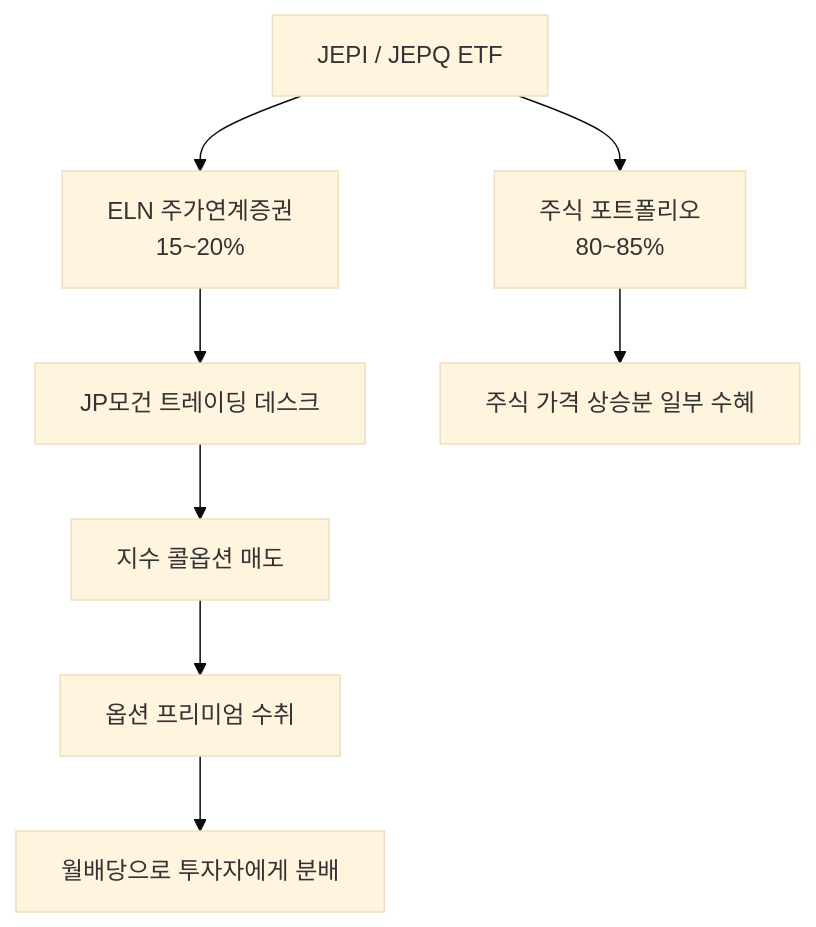
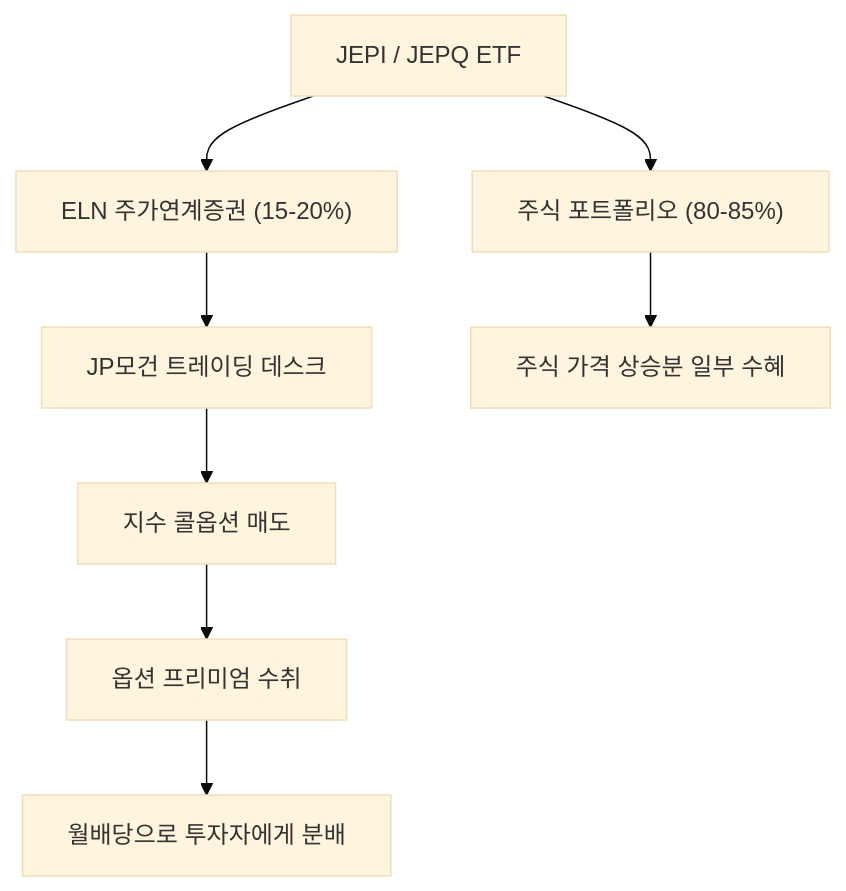
Before and after one commit to kenshin579/investment.advenoh.pe.kr: the first of 2 diagrams in docs/start/jepi-vs-jepq-comparison/index.md, drawn with Mermaid (base theme). The commit also changed 1 other file, not shown here.

Commit message:
fix: Mermaid 다이어그램 특수 문자 깨짐 수정 및 가이드 추가 (#110)
* JEPI vs JEPQ 블로그 3.2절 Mermaid 노드 라벨의 %, ~ 특수 문자로 인한 렌더링 오류 수정
* CLAUDE.md에 Mermaid 특수 문자 처리 가이드 추가 (%, ~, /, <br/> 등)

````diff
--- a/docs/start/jepi-vs-jepq-comparison/index.md
+++ b/docs/start/jepi-vs-jepq-comparison/index.md
@@ -93,10 +93,10 @@
 ```mermaid
 graph TD
-    A[JEPI / JEPQ ETF] --> B[주식 포트폴리오<br/>80~85%]
-    A --> C[ELN 주가연계증권<br/>15~20%]
+    A["JEPI / JEPQ ETF"] --> B["주식 포트폴리오 (80-85%)"]
+    A --> C["ELN 주가연계증권 (15-20%)"]
     C --> D[JP모건 트레이딩 데스크]
     D --> E[지수 콜옵션 매도]
     E --> F[옵션 프리미엄 수취]
     F --> G[월배당으로 투자자에게 분배]
     B --> H[주식 가격 상승분 일부 수혜]
 ```
````
